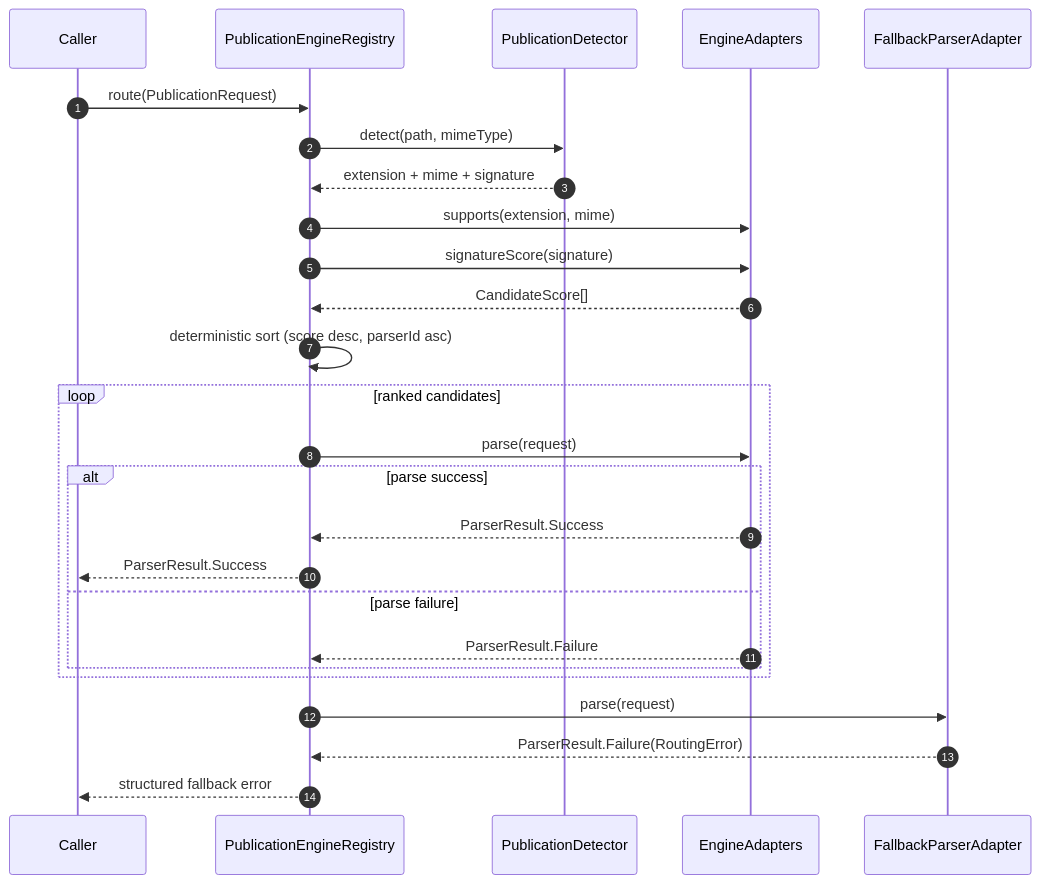
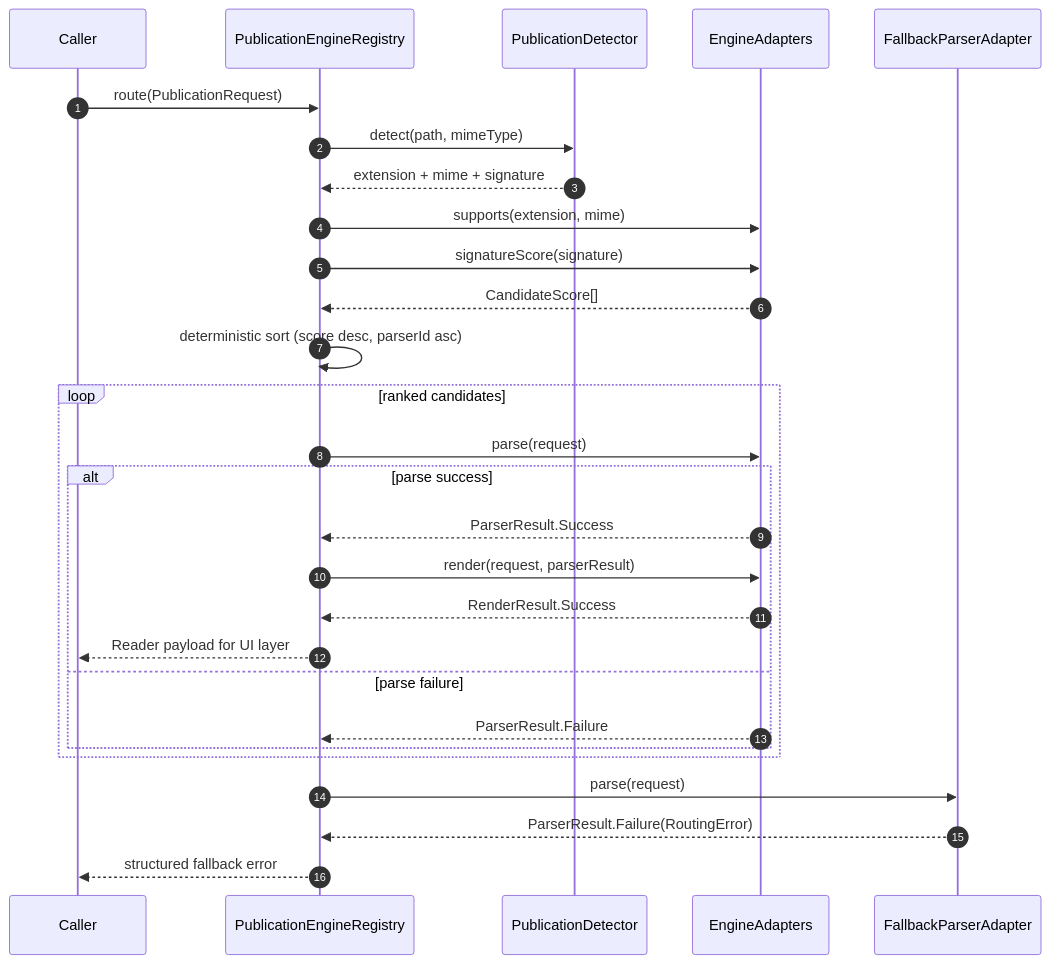
The diagram in docs/v2/reader-pipeline.md (Kaleaon/CleverFerret), drawn with Mermaid before and after one commit. The commit also changed other lines of this file and 8 other files, not shown here.

Commit message:
Integrate parser registry rendering path and align reader docs

````diff
--- a/docs/v2/reader-pipeline.md
+++ b/docs/v2/reader-pipeline.md
@@ -34,33 +35,35 @@
 ```mermaid
 sequenceDiagram
     autonumber
     participant Caller
     participant Registry as PublicationEngineRegistry
     participant Detector as PublicationDetector
     participant Adapters as EngineAdapters
     participant Fallback as FallbackParserAdapter
 
     Caller->>Registry: route(PublicationRequest)
     Registry->>Detector: detect(path, mimeType)
     Detector-->>Registry: extension + mime + signature
 
     Registry->>Adapters: supports(extension, mime)
     Registry->>Adapters: signatureScore(signature)
     Adapters-->>Registry: CandidateScore[]
 
     Registry->>Registry: deterministic sort (score desc, parserId asc)
 
     loop ranked candidates
       Registry->>Adapters: parse(request)
       alt parse success
         Adapters-->>Registry: ParserResult.Success
-        Registry-->>Caller: ParserResult.Success
+        Registry->>Adapters: render(request, parserResult)
+        Adapters-->>Registry: RenderResult.Success
+        Registry-->>Caller: Reader payload for UI layer
       else parse failure
         Adapters-->>Registry: ParserResult.Failure
       end
     end
 
     Registry->>Fallback: parse(request)
     Fallback-->>Registry: ParserResult.Failure(RoutingError)
     Registry-->>Caller: structured fallback error
 ```
````
